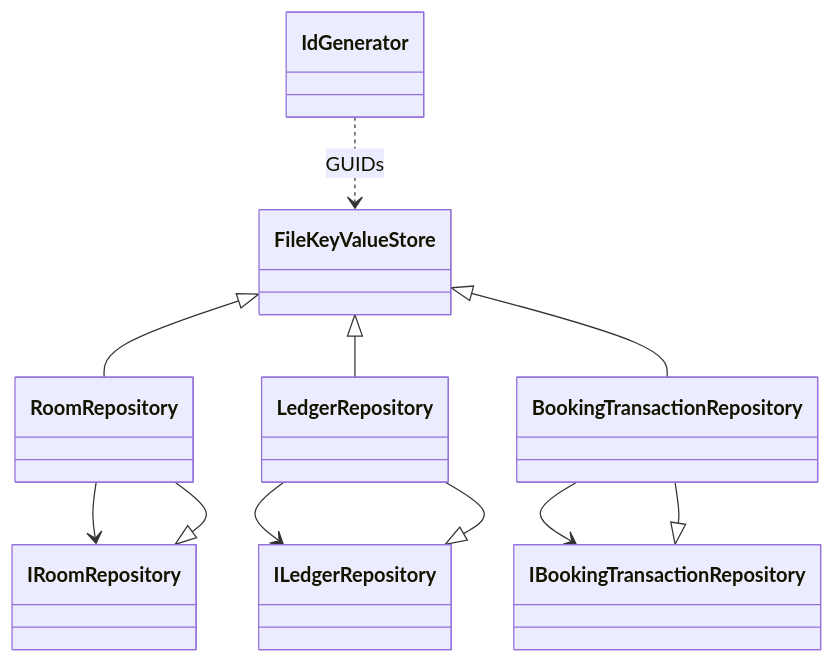
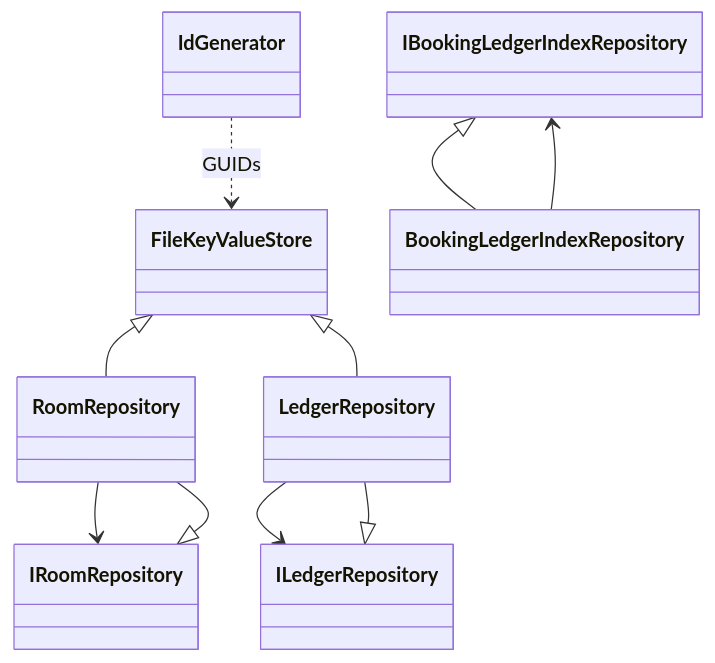
Before and after one commit to RolfEleveld/hoteldruid: the second of 11 diagrams in ARCHITECTURE.md, drawn with Mermaid. The commit also changed other lines of this file and 31 other files, not shown here.

````diff
--- a/ARCHITECTURE.md
+++ b/ARCHITECTURE.md
@@ -399,21 +399,20 @@
 ```mermaid
 classDiagram
   class FileKeyValueStore
   class IdGenerator
   class IRoomRepository
   class ILedgerRepository
-  class IBookingTransactionRepository
+  class IBookingLedgerIndexRepository
   class RoomRepository
   class LedgerRepository
-  class BookingTransactionRepository
+  class BookingLedgerIndexRepository
   FileKeyValueStore <|-- RoomRepository
   FileKeyValueStore <|-- LedgerRepository
-  FileKeyValueStore <|-- BookingTransactionRepository
   IRoomRepository <|-- RoomRepository
   ILedgerRepository <|-- LedgerRepository
-  IBookingTransactionRepository <|-- BookingTransactionRepository
+  IBookingLedgerIndexRepository <|-- BookingLedgerIndexRepository
   IdGenerator ..> FileKeyValueStore : GUIDs
   RoomRepository --> IRoomRepository
   LedgerRepository --> ILedgerRepository
-  BookingTransactionRepository --> IBookingTransactionRepository
+  BookingLedgerIndexRepository --> IBookingLedgerIndexRepository
 ```
````
